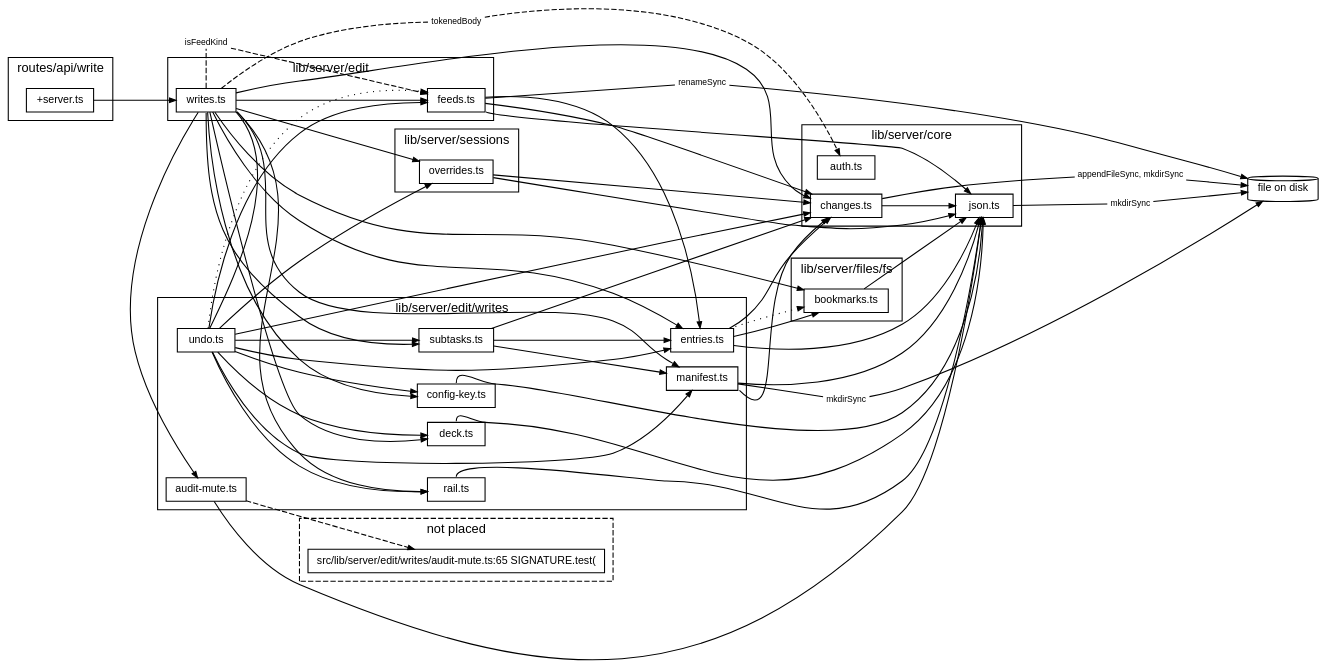
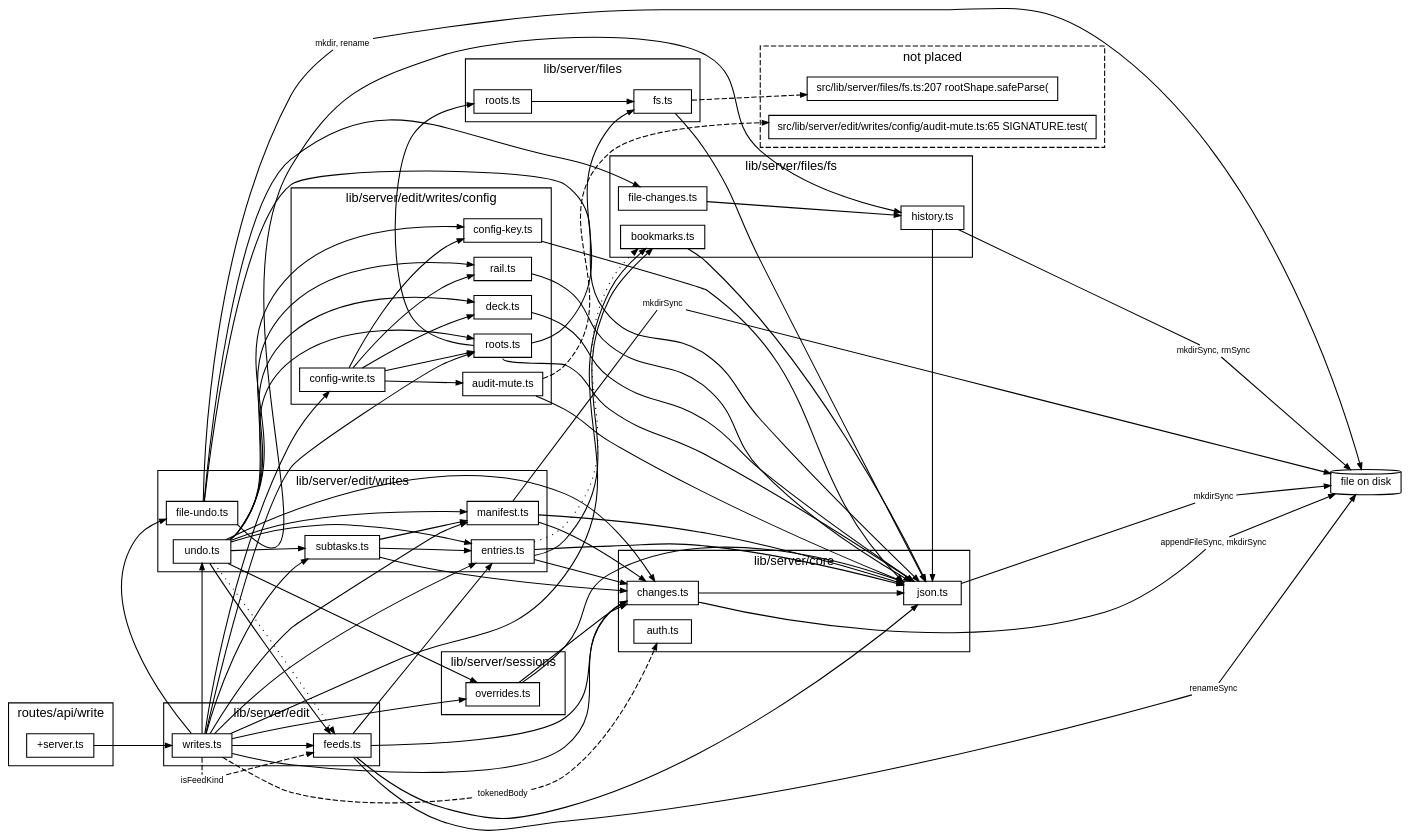
Before and after one commit to TheAxeC/oculus: the diagram in docs/diagrams/writes.dot, drawn with Graphviz. The commit also changed 303 other files, not shown here.

```diff
--- a/docs/diagrams/writes.dot
+++ b/docs/diagrams/writes.dot
@@ -15,18 +15,31 @@
     }
     subgraph "cluster_lib/server/edit/writes" {
         label="lib/server/edit/writes"; style=solid;
-        "lib/server/edit/writes/audit-mute.ts" [label="audit-mute.ts"];
-        "lib/server/edit/writes/config-key.ts" [label="config-key.ts"];
-        "lib/server/edit/writes/deck.ts" [label="deck.ts"];
         "lib/server/edit/writes/entries.ts" [label="entries.ts"];
+        "lib/server/edit/writes/file-undo.ts" [label="file-undo.ts"];
         "lib/server/edit/writes/manifest.ts" [label="manifest.ts"];
-        "lib/server/edit/writes/rail.ts" [label="rail.ts"];
         "lib/server/edit/writes/subtasks.ts" [label="subtasks.ts"];
         "lib/server/edit/writes/undo.ts" [label="undo.ts"];
+    }
+    subgraph "cluster_lib/server/edit/writes/config" {
+        label="lib/server/edit/writes/config"; style=solid;
+        "lib/server/edit/writes/config/audit-mute.ts" [label="audit-mute.ts"];
+        "lib/server/edit/writes/config/config-key.ts" [label="config-key.ts"];
+        "lib/server/edit/writes/config/config-write.ts" [label="config-write.ts"];
+        "lib/server/edit/writes/config/deck.ts" [label="deck.ts"];
+        "lib/server/edit/writes/config/rail.ts" [label="rail.ts"];
+        "lib/server/edit/writes/config/roots.ts" [label="roots.ts"];
+    }
+    subgraph "cluster_lib/server/files" {
+        label="lib/server/files"; style=solid;
+        "lib/server/files/fs.ts" [label="fs.ts"];
+        "lib/server/files/roots.ts" [label="roots.ts"];
     }
     subgraph "cluster_lib/server/files/fs" {
         label="lib/server/files/fs"; style=solid;
         "lib/server/files/fs/bookmarks.ts" [label="bookmarks.ts"];
+        "lib/server/files/fs/file-changes.ts" [label="file-changes.ts"];
+        "lib/server/files/fs/history.ts" [label="history.ts"];
     }
     subgraph "cluster_lib/server/sessions" {
         label="lib/server/sessions"; style=solid;
@@ -38,7 +51,8 @@
     }
     subgraph "cluster_lost" {
         label="not placed"; style=dashed;
-        "? src/lib/server/edit/writes/audit-mute.ts:65" [label="src/lib/server/edit/writes/audit-mute.ts:65 SIGNATURE.test("];
+        "? src/lib/server/edit/writes/config/audit-mute.ts:65" [label="src/lib/server/edit/writes/config/audit-mute.ts:65 SIGNATURE.test("];
+        "? src/lib/server/files/fs.ts:207" [label="src/lib/server/files/fs.ts:207 rootShape.safeParse("];
     }
     "file on disk" [shape=cylinder];
     "lib/server/core/changes.ts to file on disk (calls)" [label="appendFileSync, mkdirSync", shape=box, color="transparent", fontsize=8, width=0, height=0, margin="0.04,0.02"];
@@ -52,7 +66,7 @@
     "lib/server/edit/feeds.ts" -> "lib/server/edit/feeds.ts to file on disk (calls)" [arrowhead=none];
     "lib/server/edit/feeds.ts to file on disk (calls)" -> "file on disk" [];
     "lib/server/edit/feeds.ts" -> "lib/server/core/changes.ts" [tooltip="plain"];
-    "lib/server/edit/feeds.ts" -> "lib/server/core/json.ts" [tailport=se, tooltip="writeTextAtomic"];
+    "lib/server/edit/feeds.ts" -> "lib/server/core/json.ts" [tooltip="writeTextAtomic"];
     "lib/server/edit/feeds.ts" -> "lib/server/edit/writes/entries.ts" [tooltip="saved"];
     "lib/server/edit/writes.ts to lib/server/core/auth.ts (refuses)" [label="tokenedBody", shape=box, color="transparent", fontsize=8, width=0, height=0, margin="0.04,0.02"];
     "lib/server/edit/writes.ts" -> "lib/server/edit/writes.ts to lib/server/core/auth.ts (refuses)" [arrowhead=none, style=dashed];
@@ -64,32 +78,46 @@
     "lib/server/edit/writes.ts to lib/server/edit/feeds.ts (refuses)" [label="isFeedKind", shape=box, color="transparent", fontsize=8, width=0, height=0, margin="0.04,0.02"];
     "lib/server/edit/writes.ts" -> "lib/server/edit/writes.ts to lib/server/edit/feeds.ts (refuses)" [arrowhead=none, style=dashed];
     "lib/server/edit/writes.ts to lib/server/edit/feeds.ts (refuses)" -> "lib/server/edit/feeds.ts" [style=dashed];
-    "lib/server/edit/writes.ts" -> "lib/server/edit/writes/audit-mute.ts" [tooltip="writeMute"];
-    "lib/server/edit/writes.ts" -> "lib/server/edit/writes/config-key.ts" [tooltip="writeConfigKey"];
-    "lib/server/edit/writes.ts" -> "lib/server/edit/writes/deck.ts" [tooltip="writeDeck"];
+    "lib/server/edit/writes.ts" -> "lib/server/edit/writes/config/config-write.ts" [tooltip="configWrite"];
+    "lib/server/edit/writes.ts" -> "lib/server/edit/writes/config/roots.ts" [tooltip="rootsHeldIn"];
     "lib/server/edit/writes.ts" -> "lib/server/edit/writes/entries.ts" [tooltip="createEntry, removeEntry, reorderCollection
 writeEntry"];
-    "lib/server/edit/writes.ts" -> "lib/server/edit/writes/manifest.ts" [tailport=se, tooltip="createIdea, writeManifest"];
-    "lib/server/edit/writes.ts" -> "lib/server/edit/writes/rail.ts" [tailport=se, tooltip="writeRail"];
-    "lib/server/edit/writes.ts" -> "lib/server/edit/writes/subtasks.ts" [tailport=s, tooltip="careerRules, writeHost, writeSubtask
+    "lib/server/edit/writes.ts" -> "lib/server/edit/writes/file-undo.ts" [tooltip="filesTargetOf, undoFiles"];
+    "lib/server/edit/writes.ts" -> "lib/server/edit/writes/manifest.ts" [tooltip="createIdea, writeManifest"];
+    "lib/server/edit/writes.ts" -> "lib/server/edit/writes/subtasks.ts" [tooltip="careerRules, writeHost, writeSubtask
 writeSubtaskAdd"];
-    "lib/server/edit/writes.ts" -> "lib/server/edit/writes/undo.ts" [tailport=se, tooltip="undoChange"];
+    "lib/server/edit/writes.ts" -> "lib/server/edit/writes/undo.ts" [tooltip="undoChange"];
     "lib/server/edit/writes.ts" -> "lib/server/files/fs/bookmarks.ts" [tooltip="defaultBookmarksPath"];
     "lib/server/edit/writes.ts" -> "lib/server/sessions/overrides.ts" [tooltip="setFlag, setOverride"];
-    "lib/server/edit/writes/audit-mute.ts" -> "? src/lib/server/edit/writes/audit-mute.ts:65" [style=dashed];
-    "lib/server/edit/writes/audit-mute.ts" -> "lib/server/core/json.ts" [tooltip="writeTextAtomic"];
-    "lib/server/edit/writes/config-key.ts" -> "lib/server/core/json.ts" [tailport=n, tooltip="writeTextAtomic"];
-    "lib/server/edit/writes/deck.ts" -> "lib/server/core/json.ts" [tailport=n, tooltip="writeTextAtomic"];
+    "lib/server/edit/writes/config/audit-mute.ts" -> "? src/lib/server/edit/writes/config/audit-mute.ts:65" [style=dashed];
+    "lib/server/edit/writes/config/audit-mute.ts" -> "lib/server/core/json.ts" [tooltip="writeTextAtomic"];
+    "lib/server/edit/writes/config/config-key.ts" -> "lib/server/core/json.ts" [headport=nw, tooltip="writeTextAtomic"];
+    "lib/server/edit/writes/config/config-write.ts" -> "lib/server/edit/writes/config/audit-mute.ts" [tooltip="writeMute"];
+    "lib/server/edit/writes/config/config-write.ts" -> "lib/server/edit/writes/config/config-key.ts" [tooltip="writeConfigKey"];
+    "lib/server/edit/writes/config/config-write.ts" -> "lib/server/edit/writes/config/deck.ts" [tooltip="writeDeck"];
+    "lib/server/edit/writes/config/config-write.ts" -> "lib/server/edit/writes/config/rail.ts" [tooltip="writeRail"];
+    "lib/server/edit/writes/config/config-write.ts" -> "lib/server/edit/writes/config/roots.ts" [tooltip="addRootTo, removeRootFrom"];
+    "lib/server/edit/writes/config/deck.ts" -> "lib/server/core/json.ts" [tooltip="writeTextAtomic"];
+    "lib/server/edit/writes/config/rail.ts" -> "lib/server/core/json.ts" [tooltip="writeTextAtomic"];
+    "lib/server/edit/writes/config/roots.ts" -> "lib/server/core/json.ts" [tailport=s, tooltip="writeTextAtomic"];
+    "lib/server/edit/writes/config/roots.ts" -> "lib/server/files/fs.ts" [tooltip="defaultWorkspacesPath, folderToAdd, rootKey"];
+    "lib/server/edit/writes/config/roots.ts" -> "lib/server/files/roots.ts" [tooltip="browserRoots"];
     "lib/server/edit/writes/entries.ts" -> "lib/server/core/changes.ts" [tooltip="plain"];
     "lib/server/edit/writes/entries.ts" -> "lib/server/core/json.ts" [tooltip="writeTextAtomic"];
     "lib/server/edit/writes/entries.ts" -> "lib/server/files/fs/bookmarks.ts" [tooltip="ensureBookmarksFile"];
     "lib/server/edit/writes/entries.ts" -> "lib/server/files/fs/bookmarks.ts" [tooltip="BOOKMARKS", style=dotted];
+    "lib/server/edit/writes/file-undo.ts to file on disk (calls)" [label="mkdir, rename", shape=box, color="transparent", fontsize=8, width=0, height=0, margin="0.04,0.02"];
+    "lib/server/edit/writes/file-undo.ts" -> "lib/server/edit/writes/file-undo.ts to file on disk (calls)" [arrowhead=none];
+    "lib/server/edit/writes/file-undo.ts to file on disk (calls)" -> "file on disk" [];
+    "lib/server/edit/writes/file-undo.ts" -> "lib/server/core/json.ts" [tooltip="chained"];
+    "lib/server/edit/writes/file-undo.ts" -> "lib/server/files/fs/file-changes.ts" [tooltip="holds, recordOf, stampKept
+stampOf"];
+    "lib/server/edit/writes/file-undo.ts" -> "lib/server/files/fs/history.ts" [tailport=se, tooltip="defaultHistoryDir, readCopy, restoreCopy"];
     "lib/server/edit/writes/manifest.ts to file on disk (calls)" [label="mkdirSync", shape=box, color="transparent", fontsize=8, width=0, height=0, margin="0.04,0.02"];
     "lib/server/edit/writes/manifest.ts" -> "lib/server/edit/writes/manifest.ts to file on disk (calls)" [arrowhead=none];
     "lib/server/edit/writes/manifest.ts to file on disk (calls)" -> "file on disk" [];
-    "lib/server/edit/writes/manifest.ts" -> "lib/server/core/changes.ts" [tailport=se, tooltip="plain"];
+    "lib/server/edit/writes/manifest.ts" -> "lib/server/core/changes.ts" [tooltip="plain"];
     "lib/server/edit/writes/manifest.ts" -> "lib/server/core/json.ts" [tooltip="writeTextAtomic"];
-    "lib/server/edit/writes/rail.ts" -> "lib/server/core/json.ts" [tailport=n, tooltip="writeTextAtomic"];
     "lib/server/edit/writes/subtasks.ts" -> "lib/server/core/changes.ts" [tooltip="plain"];
     "lib/server/edit/writes/subtasks.ts" -> "lib/server/edit/writes/entries.ts" [tooltip="identityOf, readCollection, saved"];
     "lib/server/edit/writes/subtasks.ts" -> "lib/server/edit/writes/manifest.ts" [tooltip="insideHub"];
@@ -97,17 +125,26 @@
     "lib/server/edit/writes/undo.ts" -> "lib/server/edit/feeds.ts" [tooltip="deleteFeedEntry, isFeedKind, readFeedFile
 restoreFeedEntry, writeFeedField"];
     "lib/server/edit/writes/undo.ts" -> "lib/server/edit/feeds.ts" [tooltip="FEED_RULES", style=dotted];
-    "lib/server/edit/writes/undo.ts" -> "lib/server/edit/writes/config-key.ts" [tooltip="configKeyNow, writeConfigKey"];
-    "lib/server/edit/writes/undo.ts" -> "lib/server/edit/writes/deck.ts" [tooltip="deckNow, writeDeck"];
+    "lib/server/edit/writes/undo.ts" -> "lib/server/edit/writes/config/config-key.ts" [tooltip="configKeyNow, writeConfigKey"];
+    "lib/server/edit/writes/undo.ts" -> "lib/server/edit/writes/config/deck.ts" [tooltip="deckNow, writeDeck"];
+    "lib/server/edit/writes/undo.ts" -> "lib/server/edit/writes/config/rail.ts" [tooltip="railNow, writeRail"];
+    "lib/server/edit/writes/undo.ts" -> "lib/server/edit/writes/config/roots.ts" [tooltip="rootsNow, writeRoots"];
     "lib/server/edit/writes/undo.ts" -> "lib/server/edit/writes/entries.ts" [tooltip="createEntry, entryOf, idOfIdentity
 identityOrder, readCollection, removeEntry
 reorderCollection, writeEntry"];
     "lib/server/edit/writes/undo.ts" -> "lib/server/edit/writes/manifest.ts" [tooltip="manifestValue, writeManifest"];
-    "lib/server/edit/writes/undo.ts" -> "lib/server/edit/writes/rail.ts" [tooltip="railNow, writeRail"];
     "lib/server/edit/writes/undo.ts" -> "lib/server/edit/writes/subtasks.ts" [tooltip="hostStatus, restoreSubtask, subtaskValue
 writeHost, writeSubtask, writeSubtaskAdd"];
     "lib/server/edit/writes/undo.ts" -> "lib/server/sessions/overrides.ts" [tooltip="overrides, setFlag, setOverride"];
+    "lib/server/files/fs.ts" -> "? src/lib/server/files/fs.ts:207" [style=dashed];
+    "lib/server/files/fs.ts" -> "lib/server/core/json.ts" [tooltip="readJson"];
     "lib/server/files/fs/bookmarks.ts" -> "lib/server/core/json.ts" [tooltip="writeTextAtomic"];
+    "lib/server/files/fs/file-changes.ts" -> "lib/server/files/fs/history.ts" [tooltip="keepCopy"];
+    "lib/server/files/fs/history.ts to file on disk (calls)" [label="mkdirSync, rmSync", shape=box, color="transparent", fontsize=8, width=0, height=0, margin="0.04,0.02"];
+    "lib/server/files/fs/history.ts" -> "lib/server/files/fs/history.ts to file on disk (calls)" [arrowhead=none];
+    "lib/server/files/fs/history.ts to file on disk (calls)" -> "file on disk" [];
+    "lib/server/files/fs/history.ts" -> "lib/server/core/json.ts" [tooltip="writeBytesAtomic, writeTextAtomic"];
+    "lib/server/files/roots.ts" -> "lib/server/files/fs.ts" [tooltip="defaultWorkspacesPath, readSaved"];
     "lib/server/sessions/overrides.ts" -> "lib/server/core/changes.ts" [tooltip="plain"];
     "lib/server/sessions/overrides.ts" -> "lib/server/core/json.ts" [tooltip="readJson, writeJsonAtomic"];
     "routes/api/write/+server.ts" -> "lib/server/edit/writes.ts" [tooltip="handleWrite, target"];
```
